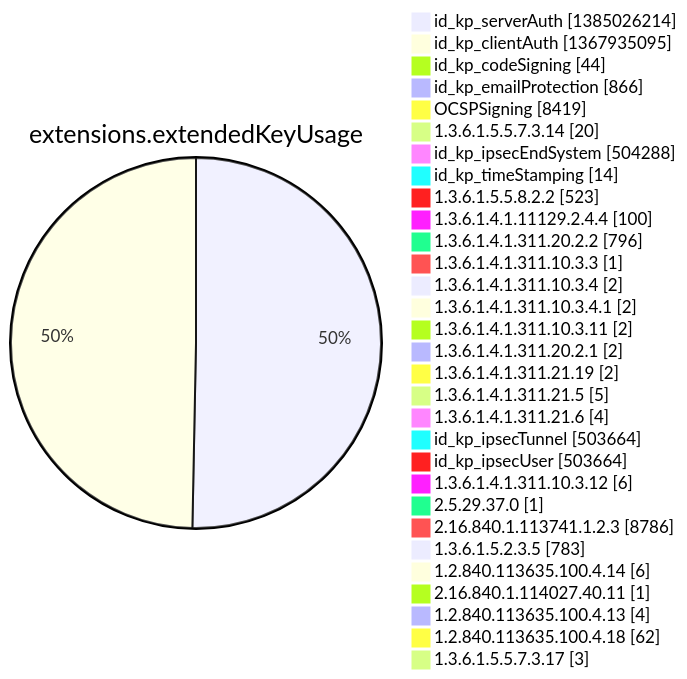
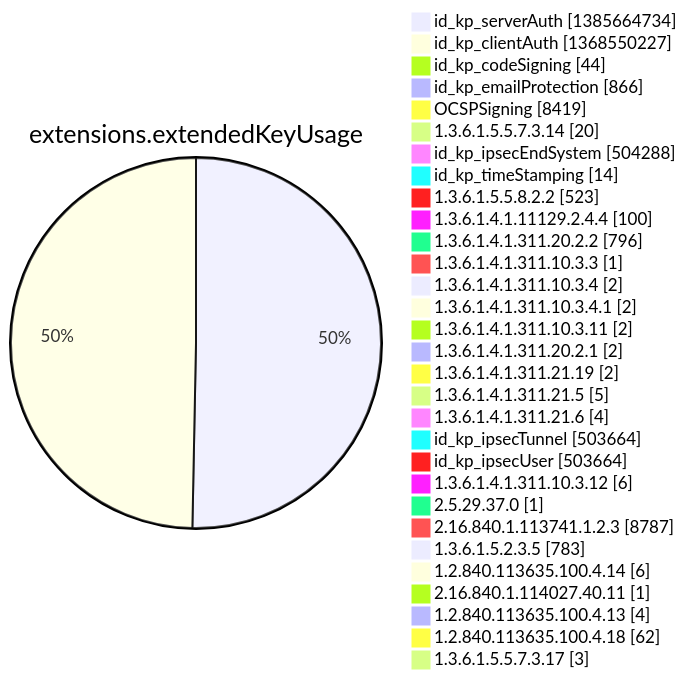
One commit to christiankrug/ctmonitor_visualization changed diagram 12 of 15 in argon2022/README.md. Above: the diagram before and after it, drawn with Mermaid. The commit also changed other lines of this file, not shown here.

````diff
--- a/argon2022/README.md
+++ b/argon2022/README.md
@@ -3554,34 +3554,34 @@
 ```mermaid
 pie showData
 title extensions.extendedKeyUsage
-"id_kp_serverAuth" :1385026214
-"id_kp_clientAuth" :1367935095
+"id_kp_serverAuth" :1385664734
+"id_kp_clientAuth" :1368550227
 "id_kp_codeSigning" :44
 "id_kp_emailProtection" :866
 "OCSPSigning" :8419
 "1.3.6.1.5.5.7.3.14" :20
 "id_kp_ipsecEndSystem" :504288
 "id_kp_timeStamping" :14
 "1.3.6.1.5.5.8.2.2" :523
 "1.3.6.1.4.1.11129.2.4.4" :100
 "1.3.6.1.4.1.311.20.2.2" :796
 "1.3.6.1.4.1.311.10.3.3" :1
 "1.3.6.1.4.1.311.10.3.4" :2
 "1.3.6.1.4.1.311.10.3.4.1" :2
 "1.3.6.1.4.1.311.10.3.11" :2
 "1.3.6.1.4.1.311.20.2.1" :2
 "1.3.6.1.4.1.311.21.19" :2
 "1.3.6.1.4.1.311.21.5" :5
 "1.3.6.1.4.1.311.21.6" :4
 "id_kp_ipsecTunnel" :503664
 "id_kp_ipsecUser" :503664
 "1.3.6.1.4.1.311.10.3.12" :6
 "2.5.29.37.0" :1
-"2.16.840.1.113741.1.2.3" :8786
+"2.16.840.1.113741.1.2.3" :8787
 "1.3.6.1.5.2.3.5" :783
 "1.2.840.113635.100.4.14" :6
 "2.16.840.1.114027.40.11" :1
 "1.2.840.113635.100.4.13" :4
 "1.2.840.113635.100.4.18" :62
 "1.3.6.1.5.5.7.3.17" :3
 ```
````
